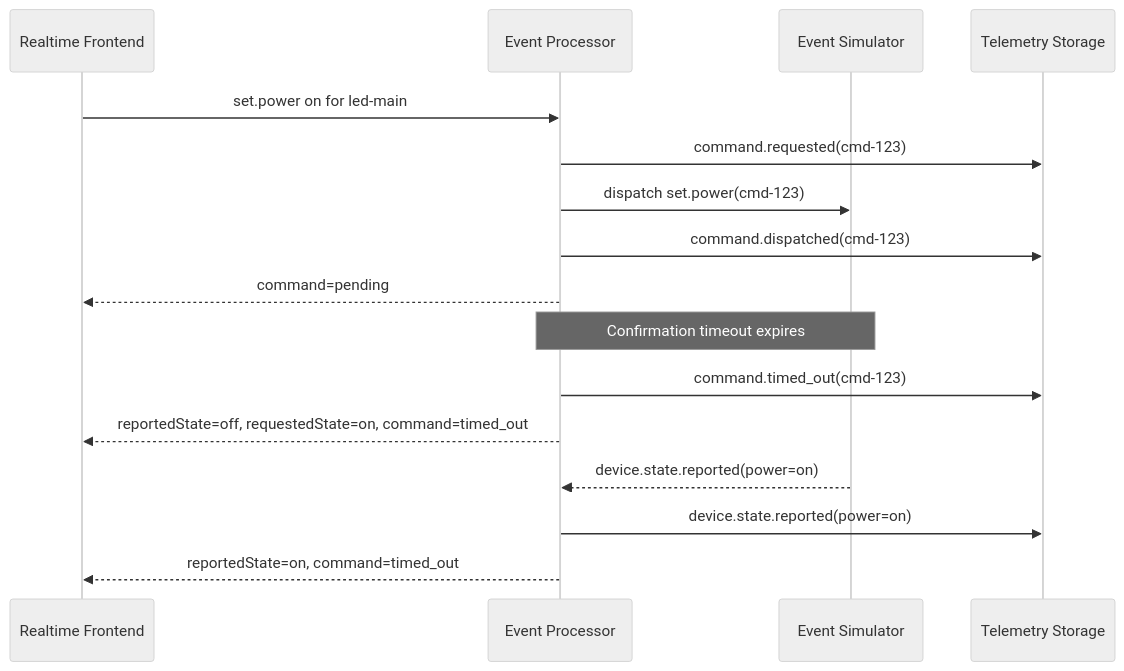
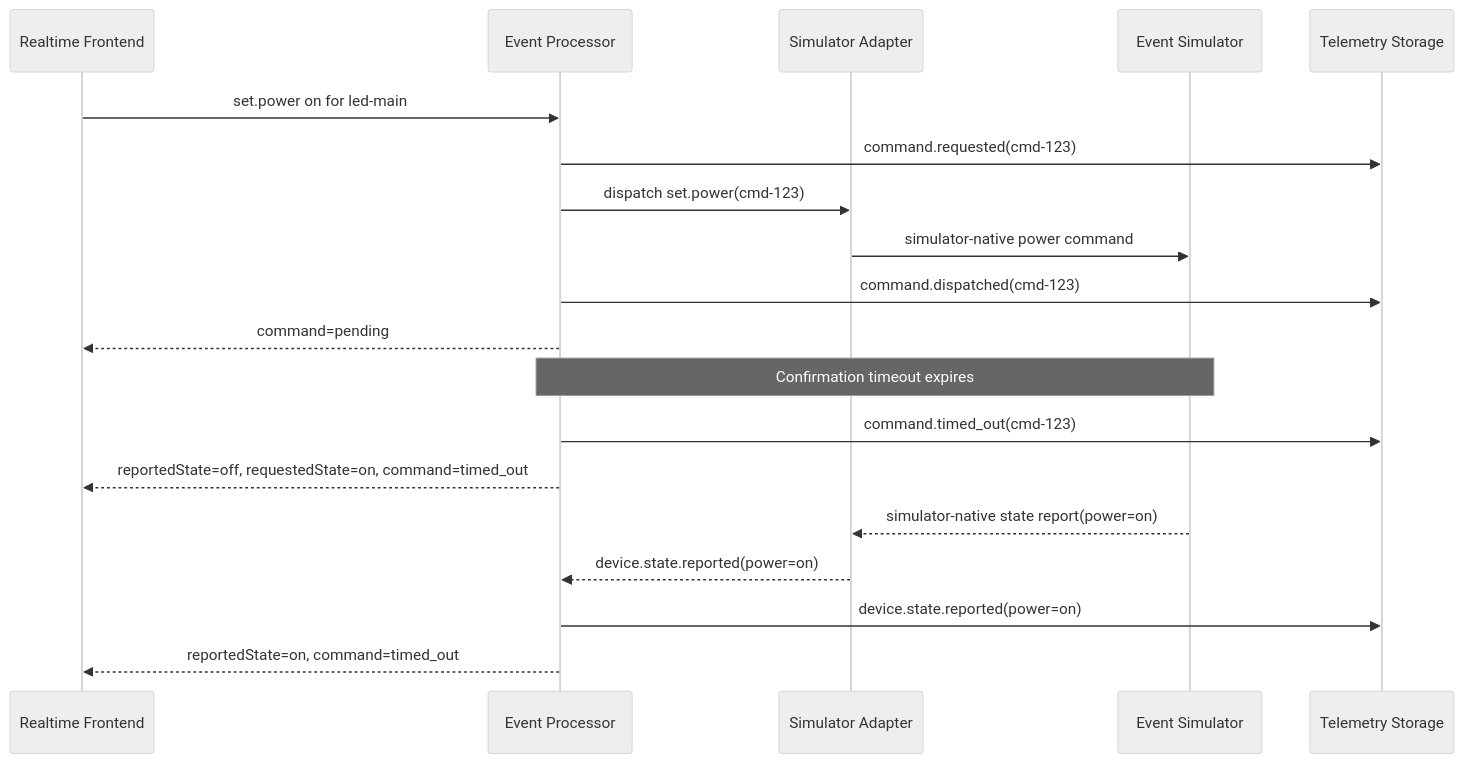
The fourth of 8 diagrams in docs/architecture/examples.md (SzymonAntczak/smart-room-realtime-control-platform), drawn with Mermaid (neutral theme) before and after one commit. The commit also changed other lines of this file and 9 other files, not shown here.

````diff
--- a/docs/architecture/examples.md
+++ b/docs/architecture/examples.md
@@ -83,22 +93,25 @@
 ```mermaid
 sequenceDiagram
     participant UI as Realtime Frontend
     participant EP as Event Processor
+    participant SA as Simulator Adapter
     participant S as Event Simulator
     participant Store as Telemetry Storage
 
     UI->>EP: set.power on for led-main
     EP->>Store: command.requested(cmd-123)
-    EP->>S: dispatch set.power(cmd-123)
+    EP->>SA: dispatch set.power(cmd-123)
+    SA->>S: simulator-native power command
     EP->>Store: command.dispatched(cmd-123)
     EP-->>UI: command=pending
 
     Note over S,EP: Confirmation timeout expires
 
     EP->>Store: command.timed_out(cmd-123)
     EP-->>UI: reportedState=off, requestedState=on, command=timed_out
 
-    S-->>EP: device.state.reported(power=on)
+    S-->>SA: simulator-native state report(power=on)
+    SA-->>EP: device.state.reported(power=on)
     EP->>Store: device.state.reported(power=on)
     EP-->>UI: reportedState=on, command=timed_out
 ```
````
